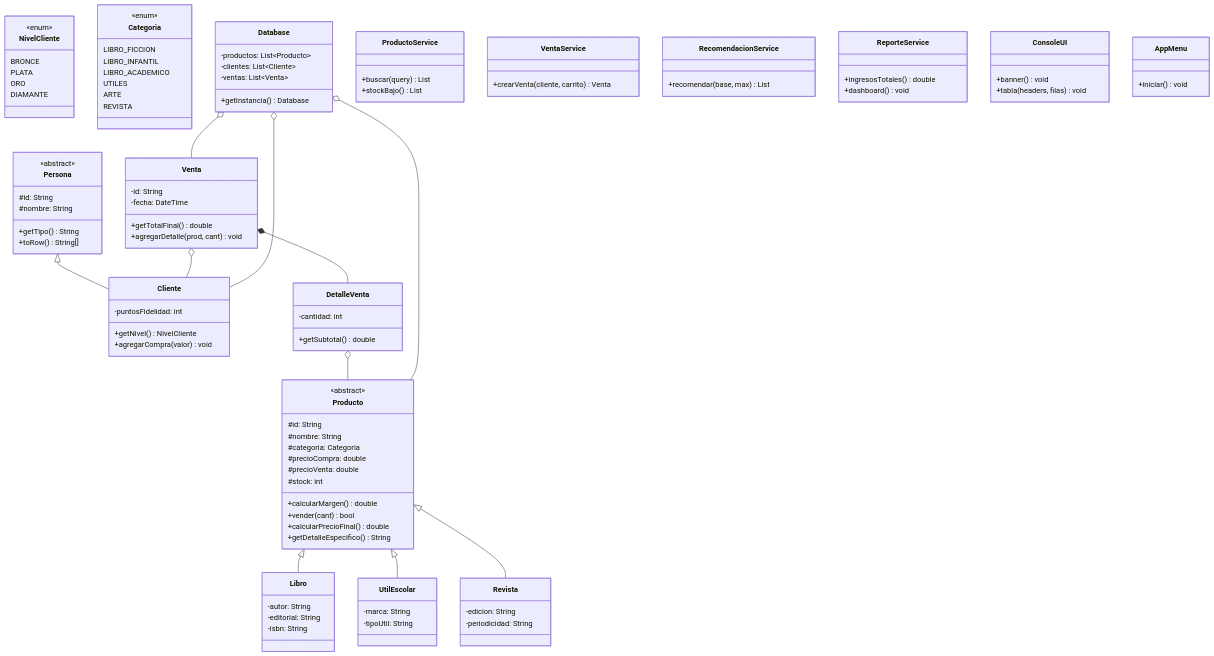
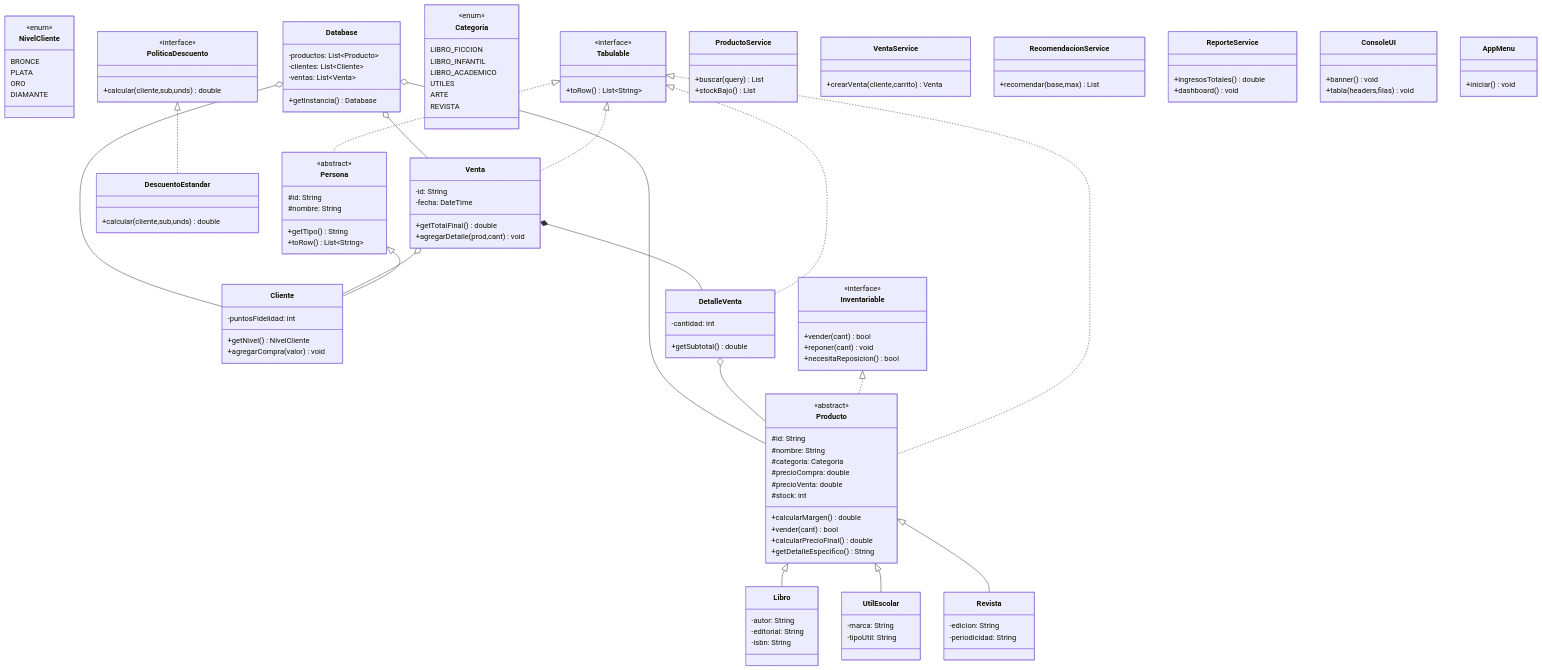
One commit to MaquiDuran2807/lumina-libreria-poo changed the diagram in docs/DIAGRAMA-CLASES.md. Above: the diagram before and after it, drawn with Mermaid. The commit also changed other lines of this file and 21 other files, not shown here.

Commit message:
interfases listas y generacion de diagramas de clases

```diff
--- a/docs/DIAGRAMA-CLASES.md
+++ b/docs/DIAGRAMA-CLASES.md
@@ -12,7 +15,7 @@
     #id: String
     #nombre: String
     +getTipo() String
-    +toRow() String[]
+    +toRow() List~String~
   }
   class Cliente {
     -puntosFidelidad: int
@@ -38,6 +41,23 @@
     +vender(cant) bool
     +calcularPrecioFinal() double
     +getDetalleEspecifico() String
+  }
+  class Tabulable {
+    <<interface>>
+    +toRow() List~String~
+  }
+  class Inventariable {
+    <<interface>>
+    +vender(cant) bool
+    +reponer(cant) void
+    +necesitaReposicion() bool
+  }
+  class PoliticaDescuento {
+    <<interface>>
+    +calcular(cliente,sub,unds) double
+  }
+  class DescuentoEstandar {
+    +calcular(cliente,sub,unds) double
   }
   class Libro {
     -autor: String
@@ -65,7 +85,7 @@
     -id: String
     -fecha: DateTime
     +getTotalFinal() double
-    +agregarDetalle(prod, cant) void
+    +agregarDetalle(prod,cant) void
   }
   class DetalleVenta {
     -cantidad: int
@@ -82,10 +102,10 @@
     +stockBajo() List
   }
   class VentaService {
-    +crearVenta(cliente, carrito) Venta
+    +crearVenta(cliente,carrito) Venta
   }
   class RecomendacionService {
-    +recomendar(base, max) List
+    +recomendar(base,max) List
   }
   class ReporteService {
     +ingresosTotales() double
@@ -93,7 +113,7 @@
   }
   class ConsoleUI {
     +banner() void
-    +tabla(headers, filas) void
+    +tabla(headers,filas) void
   }
   class AppMenu {
     +iniciar() void
@@ -103,6 +123,12 @@
   Producto <|-- Libro
   Producto <|-- UtilEscolar
   Producto <|-- Revista
+  Tabulable <|.. Persona
+  Tabulable <|.. Producto
+  Tabulable <|.. Venta
+  Tabulable <|.. DetalleVenta
+  Inventariable <|.. Producto
+  PoliticaDescuento <|.. DescuentoEstandar
   Venta *-- DetalleVenta
   Venta o-- Cliente
   DetalleVenta o-- Producto
```
